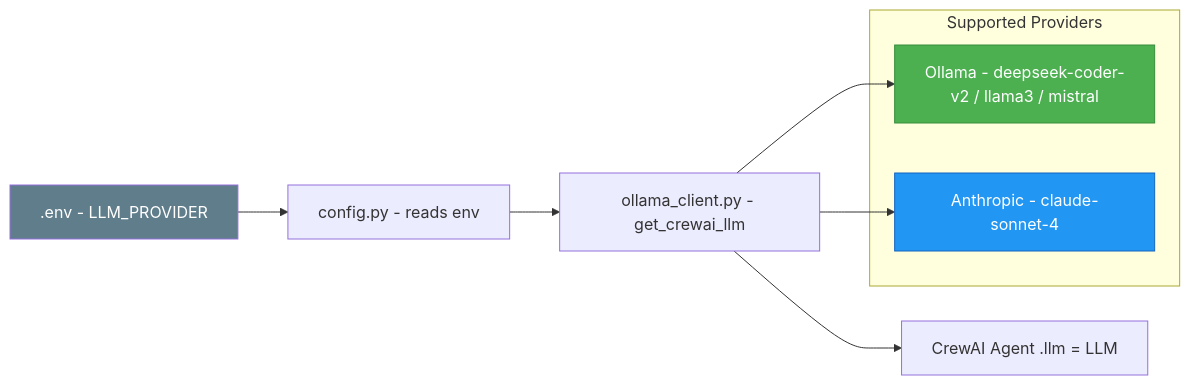
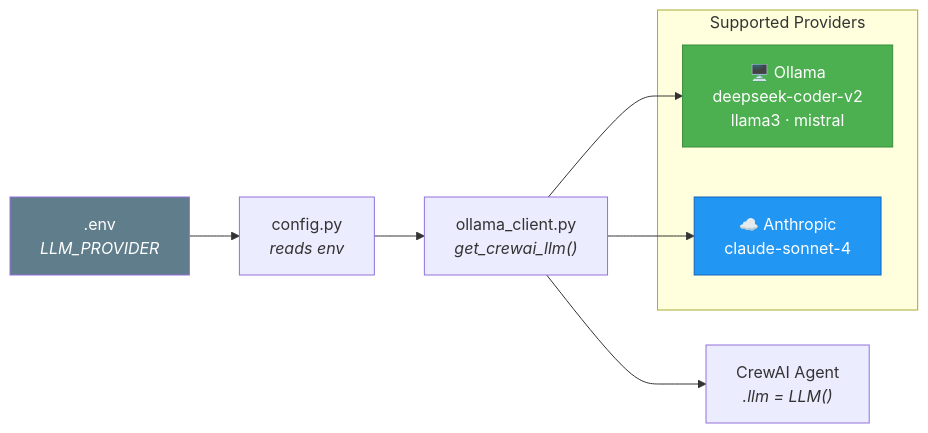
Before and after one commit to soumyachk101/IdeaForge: the seventh of 7 diagrams in README.md, drawn with Mermaid. The commit also changed other lines of this file, not shown here.

````diff
--- a/README.md
+++ b/README.md
@@ -551,18 +374,17 @@
 ```mermaid
 flowchart LR
-    ENV[".env - LLM_PROVIDER"] --> CONFIG["config.py - reads env"]
-    CONFIG --> CLIENT["ollama_client.py - get_crewai_llm"]
-    CLIENT --> AGENT["CrewAI Agent .llm = LLM"]
+    ENV[".env<br/><i>LLM_PROVIDER</i>"] --> CONFIG["config.py<br/><i>reads env</i>"]
+    CONFIG --> CLIENT["ollama_client.py<br/><i>get_crewai_llm()</i>"]
+    CLIENT --> AGENT["CrewAI Agent<br/><i>.llm = LLM()</i>"]
 
     subgraph PROVIDERS["Supported Providers"]
-        O["Ollama - deepseek-coder-v2 / llama3 / mistral"]
-        A["Anthropic - claude-sonnet-4"]
+        O["🖥️ Ollama<br/>deepseek-coder-v2<br/>llama3 · mistral"]
+        A["☁️ Anthropic<br/>claude-sonnet-4"]
     end
 
-    CLIENT --> O
-    CLIENT --> A
+    CLIENT --> O & A
 
     style ENV fill:#607D8B,color:#fff
     style O fill:#4CAF50,stroke:#388E3C,color:#fff
     style A fill:#2196F3,stroke:#1565C0,color:#fff
 ```
````
